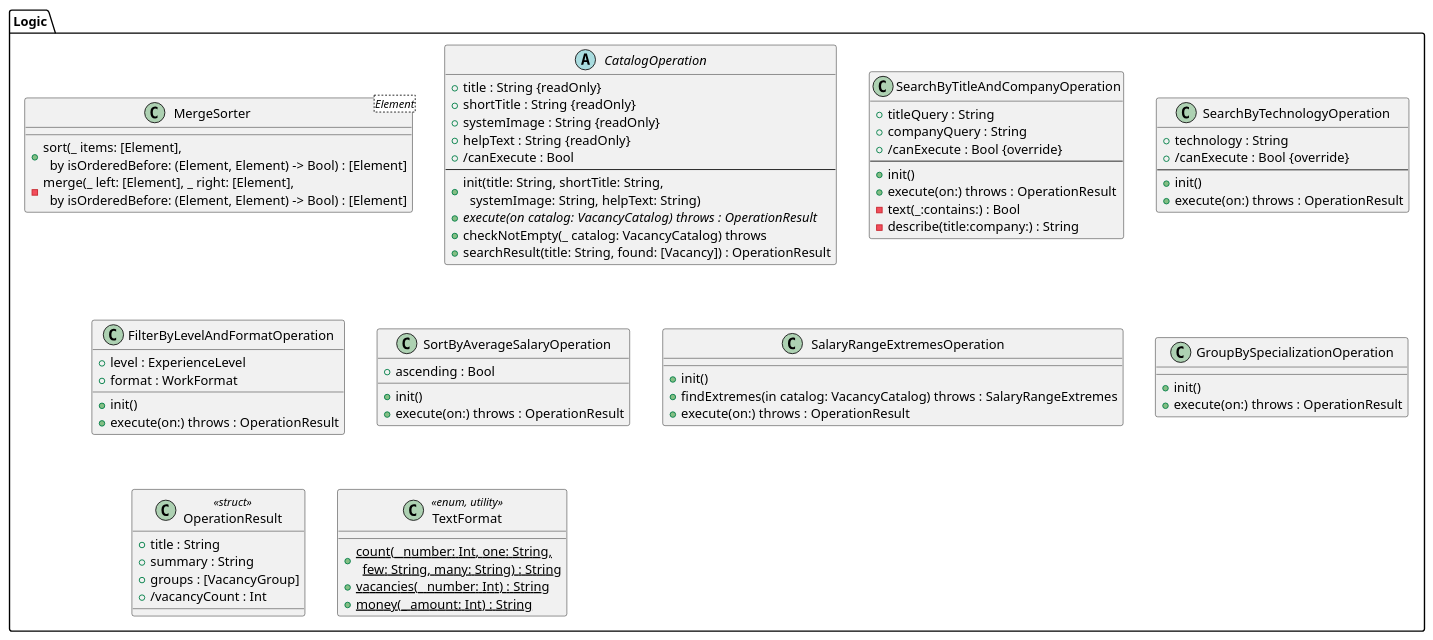
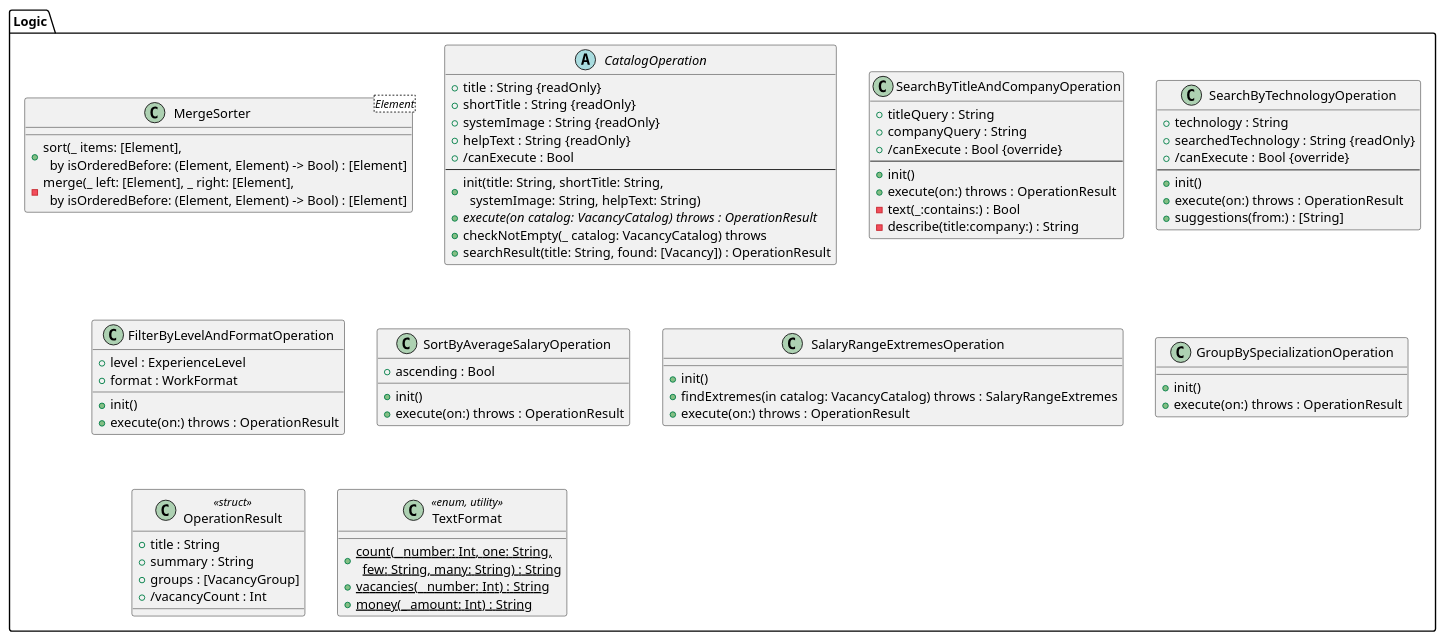
Before and after one commit to goosedum/kursova-1: the diagram in docs/uml/2-classes/types/operations.iuml, drawn with PlantUML. The commit also changed 51 other files, not shown here.

```diff
--- a/docs/uml/2-classes/types/operations.iuml
+++ b/docs/uml/2-classes/types/operations.iuml
@@ -1,67 +1,69 @@
 ' Шар Logic — функції 1–6 (CatalogOperation і підкласи), сортування злиттям, результат. Підключається з діаграм у docs/uml/2-classes (крок 3.2). Джерело — .claude/plan/02-architecture.md §3.
 package "Logic" {
   class "MergeSorter<Element>" as MergeSorter {
     + sort(_ items: [Element],\n  by isOrderedBefore: (Element, Element) -> Bool) : [Element]
     - merge(_ left: [Element], _ right: [Element],\n  by isOrderedBefore: (Element, Element) -> Bool) : [Element]
   }
   abstract class CatalogOperation {
     + title : String {readOnly}
     + shortTitle : String {readOnly}
     + systemImage : String {readOnly}
     + helpText : String {readOnly}
     + /canExecute : Bool
     --
     + init(title: String, shortTitle: String,\n  systemImage: String, helpText: String)
     + {abstract} execute(on catalog: VacancyCatalog) throws : OperationResult
     + checkNotEmpty(_ catalog: VacancyCatalog) throws
     + searchResult(title: String, found: [Vacancy]) : OperationResult
   }
   class SearchByTitleAndCompanyOperation {
     + titleQuery : String
     + companyQuery : String
     + /canExecute : Bool {override}
     --
     + init()
     + execute(on:) throws : OperationResult
     - text(_:contains:) : Bool
     - describe(title:company:) : String
   }
   class SearchByTechnologyOperation {
     + technology : String
+    + searchedTechnology : String {readOnly}
     + /canExecute : Bool {override}
     --
     + init()
     + execute(on:) throws : OperationResult
+    + suggestions(from:) : [String]
   }
   class FilterByLevelAndFormatOperation {
     + level : ExperienceLevel
     + format : WorkFormat
     + init()
     + execute(on:) throws : OperationResult
   }
   class SortByAverageSalaryOperation {
     + ascending : Bool
     + init()
     + execute(on:) throws : OperationResult
   }
   class SalaryRangeExtremesOperation {
     + init()
     + findExtremes(in catalog: VacancyCatalog) throws : SalaryRangeExtremes
     + execute(on:) throws : OperationResult
   }
   class GroupBySpecializationOperation {
     + init()
     + execute(on:) throws : OperationResult
   }
   class OperationResult <<struct>> {
     + title : String
     + summary : String
     + groups : [VacancyGroup]
     + /vacancyCount : Int
   }
   class TextFormat <<enum, utility>> {
     + {static} count(_ number: Int, one: String,\n  few: String, many: String) : String
     + {static} vacancies(_ number: Int) : String
     + {static} money(_ amount: Int) : String
   }
 }
```
